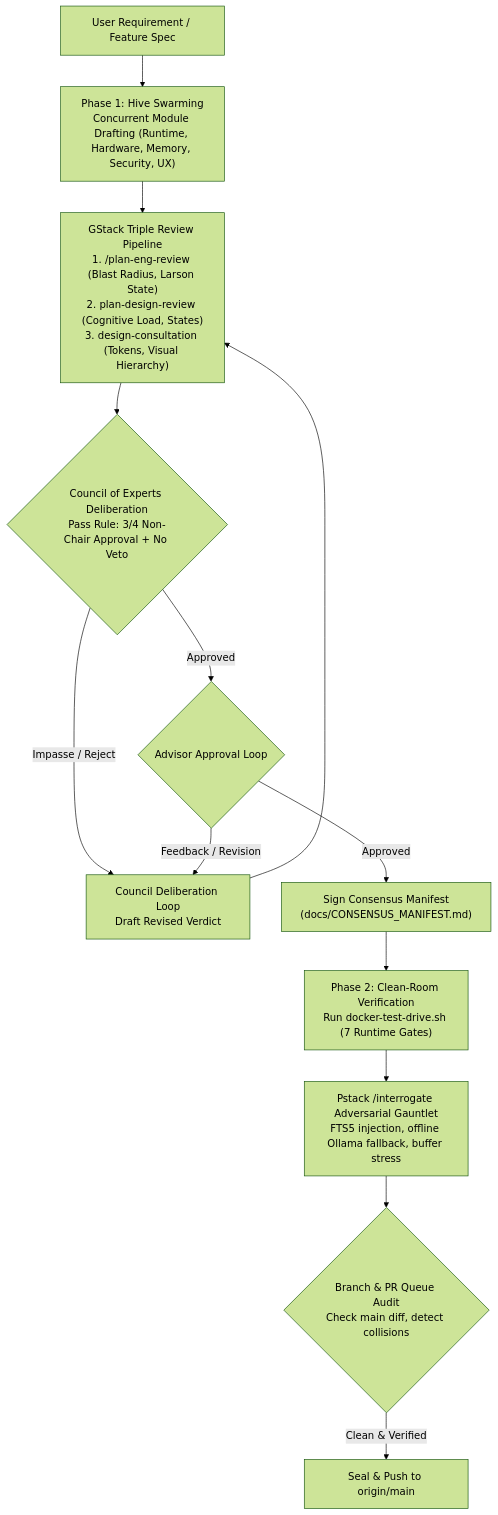
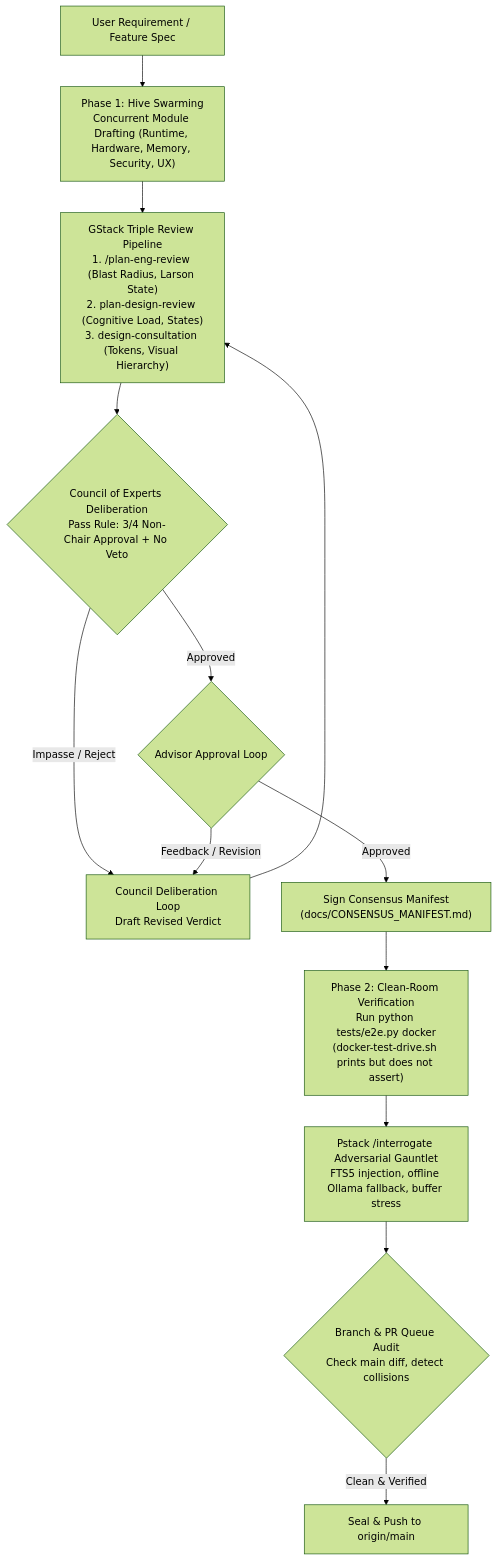
Before and after one commit to veeresh-bikkaneti/antigravity-local: the fifth of 6 diagrams in docs/FLOWS.md, drawn with Mermaid (forest theme). The commit also changed other lines of this file and 13 other files, not shown here.

Commit message:
docs: make claims match the code (scores, tiers, setup time, graph counts, serve, limits)

````diff
--- a/docs/FLOWS.md
+++ b/docs/FLOWS.md
@@ -199,23 +203,23 @@
 ```mermaid
 flowchart TD
     UserReq["User Requirement / Feature Spec"] --> Swarm["Phase 1: Hive Swarming<br/>Concurrent Module Drafting (Runtime, Hardware, Memory, Security, UX)"]
     
     Swarm --> TripleReview["GStack Triple Review Pipeline<br/>1. /plan-eng-review (Blast Radius, Larson State)<br/>2. plan-design-review (Cognitive Load, States)<br/>3. design-consultation (Tokens, Visual Hierarchy)"]
     
     TripleReview --> Council{"Council of Experts Deliberation<br/>Pass Rule: 3/4 Non-Chair Approval + No Veto"}
     
     Council -- Impasse / Reject --> Deliberate["Council Deliberation Loop<br/>Draft Revised Verdict"]
     Deliberate --> TripleReview
     
     Council -- Approved --> Advisor{"Advisor Approval Loop"}
     Advisor -- Feedback / Revision --> Deliberate
     Advisor -- Approved --> SignManifest["Sign Consensus Manifest<br/>(docs/CONSENSUS_MANIFEST.md)"]
     
-    SignManifest --> CleanRoom["Phase 2: Clean-Room Verification<br/>Run docker-test-drive.sh (7 Runtime Gates)"]
+    SignManifest --> CleanRoom["Phase 2: Clean-Room Verification<br/>Run python tests/e2e.py docker<br/>(docker-test-drive.sh prints but does not assert)"]
     
     CleanRoom --> Adversarial["Pstack /interrogate Adversarial Gauntlet<br/>FTS5 injection, offline Ollama fallback, buffer stress"]
     
     Adversarial --> BranchAudit{"Branch & PR Queue Audit<br/>Check main diff, detect collisions"}
     
     BranchAudit -- Clean & Verified --> SealMain["Seal & Push to origin/main"]
 ```
````
